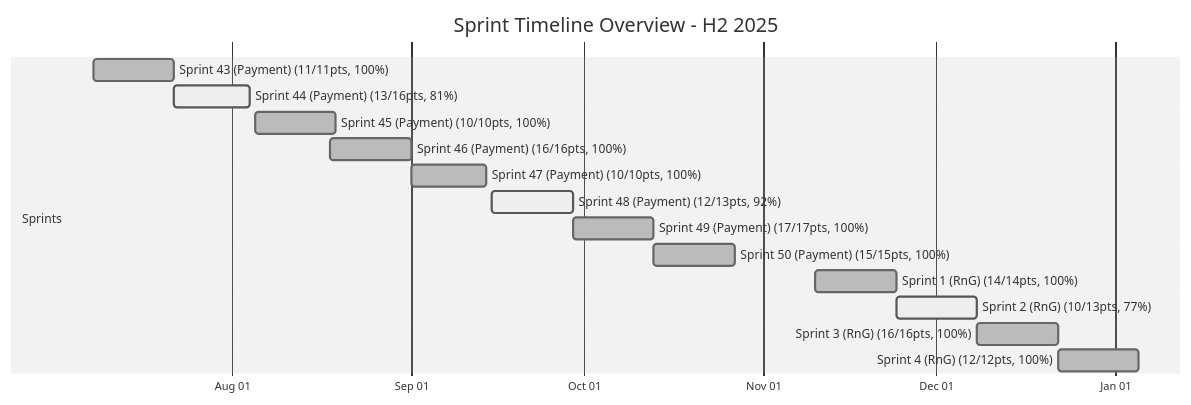
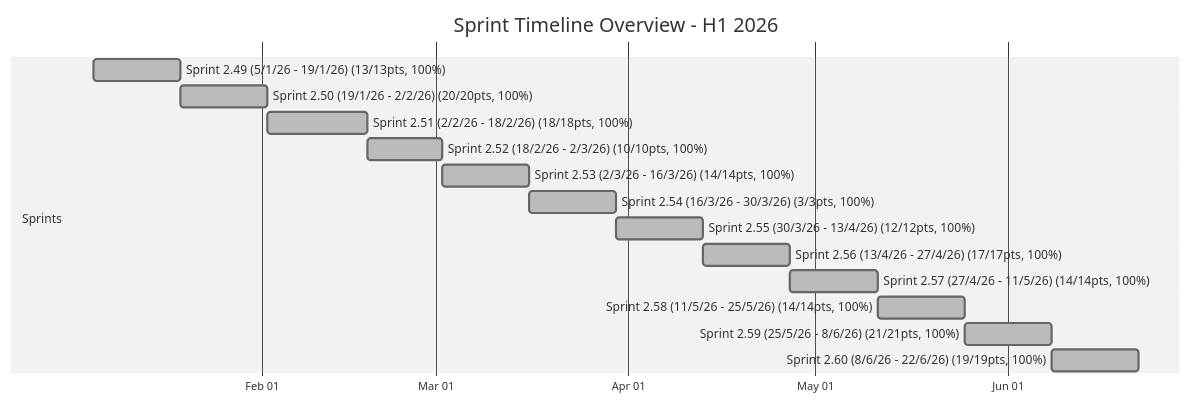
Before and after one commit to abdianrizky/adons-okr: the diagram in sprint-analytics/output/sprint_summary.md, drawn with Mermaid (neutral theme). The commit also changed other lines of this file and 52 other files, not shown here.

````diff
--- a/sprint-analytics/output/sprint_summary.md
+++ b/sprint-analytics/output/sprint_summary.md
@@ -39,20 +138,20 @@
 ```mermaid
 gantt
-    title Sprint Timeline Overview - H2 2025
+    title Sprint Timeline Overview - H1 2026
     dateFormat YYYY-MM-DD
     axisFormat %b %d
 
     section Sprints
-    Sprint 43 (Payment) (11/11pts, 100%) :done, 2025-07-08, 2025-07-22
-    Sprint 44 (Payment) (13/16pts, 81%) :active, 2025-07-22, 2025-08-04
-    Sprint 45 (Payment) (10/10pts, 100%) :done, 2025-08-05, 2025-08-19
-    Sprint 46 (Payment) (16/16pts, 100%) :done, 2025-08-18, 2025-09-01
-    Sprint 47 (Payment) (10/10pts, 100%) :done, 2025-09-01, 2025-09-14
-    Sprint 48 (Payment) (12/13pts, 92%) :active, 2025-09-15, 2025-09-29
-    Sprint 49 (Payment) (17/17pts, 100%) :done, 2025-09-29, 2025-10-13
-    Sprint 50 (Payment) (15/15pts, 100%) :done, 2025-10-13, 2025-10-27
-    Sprint 1 (RnG) (14/14pts, 100%) :done, 2025-11-10, 2025-11-24
-    Sprint 2 (RnG) (10/13pts, 77%) :active, 2025-11-24, 2025-12-08
-    Sprint 3 (RnG) (16/16pts, 100%) :done, 2025-12-08, 2025-12-22
-    Sprint 4 (RnG) (12/12pts, 100%) :done, 2025-12-22, 2026-01-05
+    Sprint 2.49 (5/1/26 - 19/1/26) (13/13pts, 100%) :done, 2026-01-05, 2026-01-19
+    Sprint 2.50 (19/1/26 - 2/2/26) (20/20pts, 100%) :done, 2026-01-19, 2026-02-02
+    Sprint 2.51 (2/2/26 - 18/2/26) (18/18pts, 100%) :done, 2026-02-02, 2026-02-18
+    Sprint 2.52 (18/2/26 - 2/3/26) (10/10pts, 100%) :done, 2026-02-18, 2026-03-02
+    Sprint 2.53 (2/3/26 - 16/3/26) (14/14pts, 100%) :done, 2026-03-02, 2026-03-16
+    Sprint 2.54 (16/3/26 - 30/3/26) (3/3pts, 100%) :done, 2026-03-16, 2026-03-30
+    Sprint 2.55 (30/3/26 - 13/4/26) (12/12pts, 100%) :done, 2026-03-30, 2026-04-13
+    Sprint 2.56 (13/4/26 - 27/4/26) (17/17pts, 100%) :done, 2026-04-13, 2026-04-27
+    Sprint 2.57 (27/4/26 - 11/5/26) (14/14pts, 100%) :done, 2026-04-27, 2026-05-11
+    Sprint 2.58 (11/5/26 - 25/5/26) (14/14pts, 100%) :done, 2026-05-11, 2026-05-25
+    Sprint 2.59 (25/5/26 - 8/6/26) (21/21pts, 100%) :done, 2026-05-25, 2026-06-08
+    Sprint 2.60 (8/6/26 - 22/6/26) (19/19pts, 100%) :done, 2026-06-08, 2026-06-22
 ```
````
